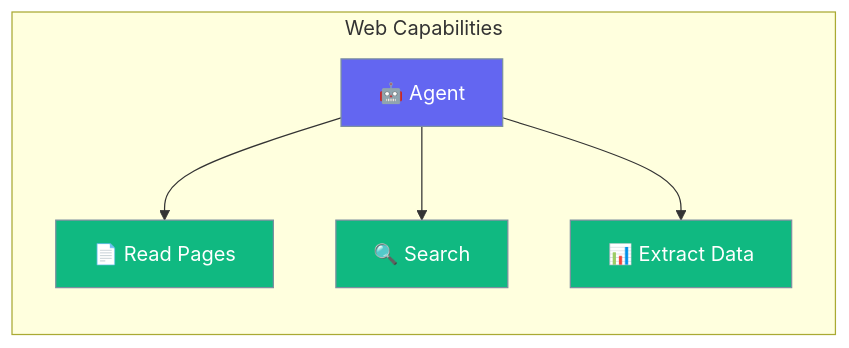
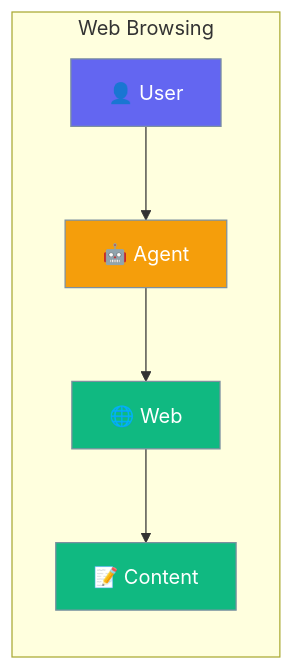
Before and after one commit to MervinPraison/PraisonAIDocs: the first of 2 diagrams in docs/js/web.mdx, drawn with Mermaid. The commit also changed other lines of this file and 30 other files, not shown here.

````diff
--- a/docs/js/web.mdx
+++ b/docs/js/web.mdx
@@ -10,14 +10,16 @@
 ```mermaid
 graph LR
-    subgraph "Web Capabilities"
-        A[🤖 Agent] --> B[📄 Read Pages]
-        A --> C[🔍 Search]
-        A --> D[📊 Extract Data]
+    subgraph "Web Browsing"
+        A[👤 User] --> B[🤖 Agent]
+        B --> C[🌐 Web]
+        C --> D[📝 Content]
     end
     
-    classDef agent fill:#6366F1,stroke:#7C90A0,color:#fff
+    classDef user fill:#6366F1,stroke:#7C90A0,color:#fff
+    classDef agent fill:#F59E0B,stroke:#7C90A0,color:#fff
     classDef web fill:#10B981,stroke:#7C90A0,color:#fff
     
-    class A agent
-    class B,C,D web
+    class A user
+    class B agent
+    class C,D web
 ```
````
